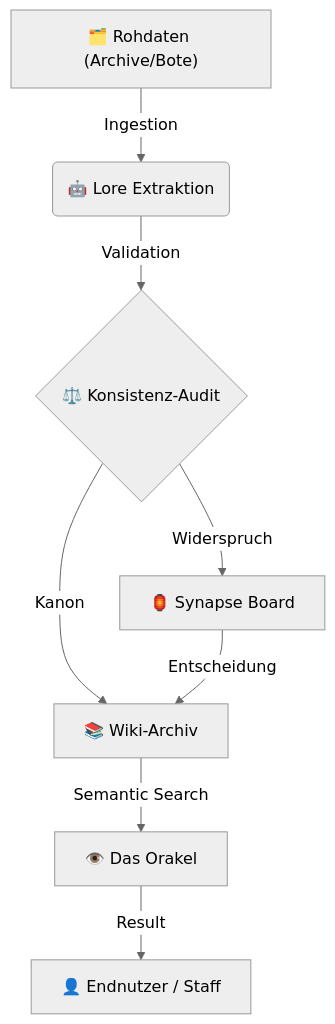
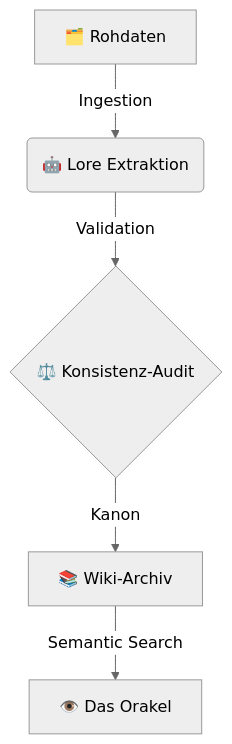
The diagram in Siebenwind_Wiki/index.md (Siebenwind/7w_wiki), drawn with Mermaid (neutral theme) before and after one commit. The commit also changed other lines of this file and 45 other files, not shown here.

````diff
--- a/Siebenwind_Wiki/index.md
+++ b/Siebenwind_Wiki/index.md
@@ -35,10 +39,7 @@
 ```mermaid
 graph TD
-    A["🗂️ Rohdaten (Archive/Bote)"] -->|Ingestion| B("🤖 Lore Extraktion")
+    A["🗂️ Rohdaten"] -->|Ingestion| B("🤖 Lore Extraktion")
     B -->|Validation| C{"⚖️ Konsistenz-Audit"}
     C -->|Kanon| D["📚 Wiki-Archiv"]
-    C -->|Widerspruch| E["🏮 Synapse Board"]
-    E -->|Entscheidung| D
     D -->|Semantic Search| F["👁️ Das Orakel"]
-    F -->|Result| G["👤 Endnutzer / Staff"]
 ```
````
